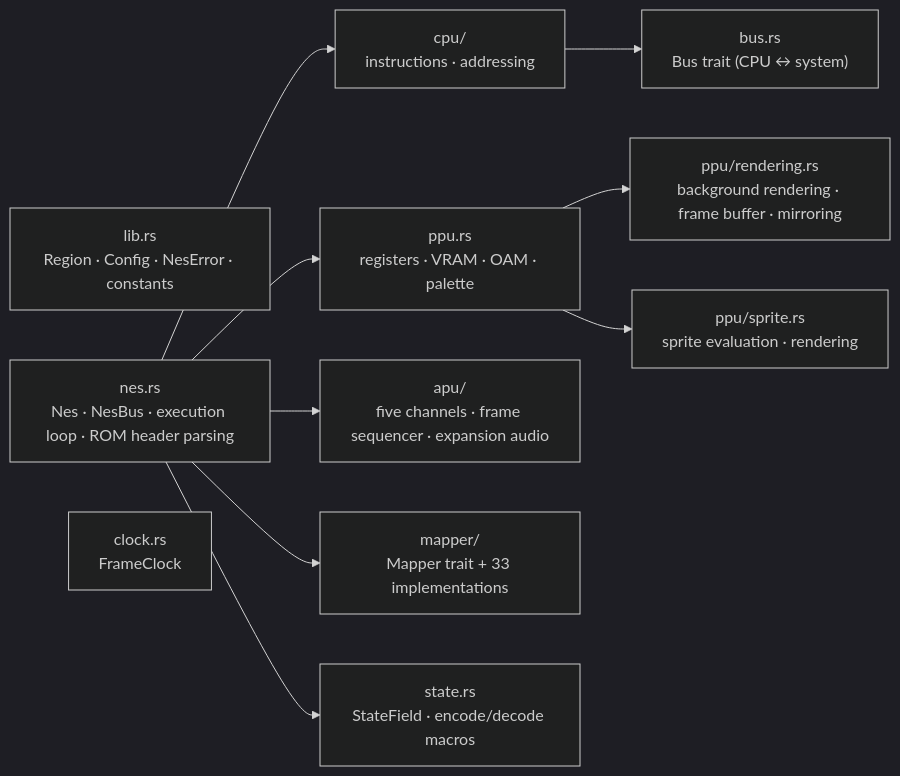
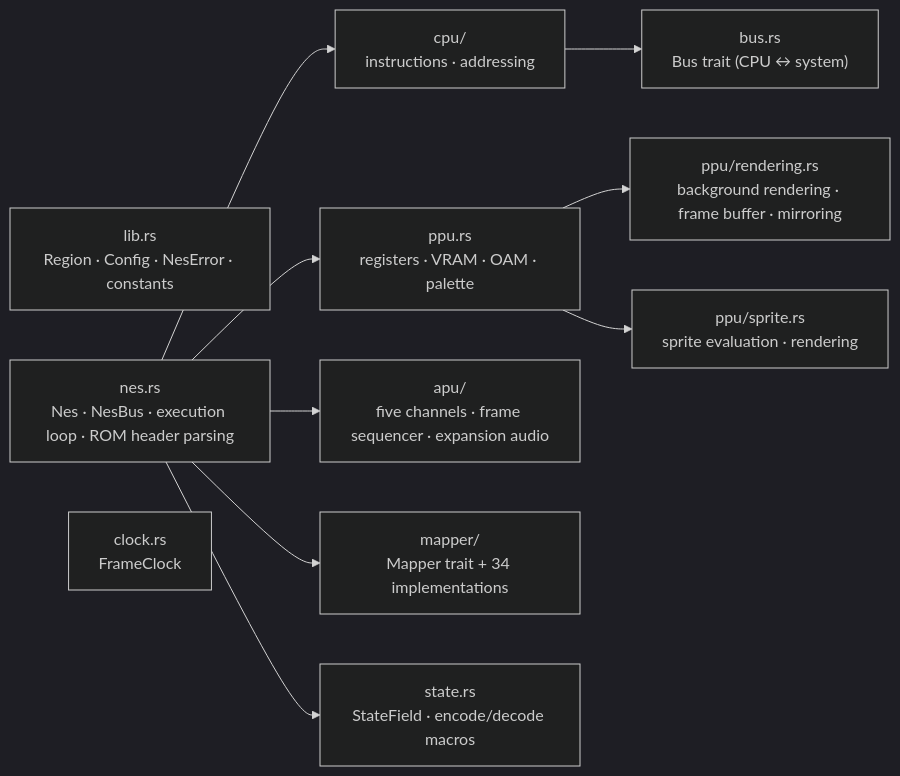
One commit to YufJi/nes-emulator changed the second of 13 diagrams in docs/architecture.md. Above: the diagram before and after it, drawn with Mermaid (dark theme). The commit also changed other lines of this file and 7 other files, not shown here.

````diff
--- a/docs/architecture.md
+++ b/docs/architecture.md
@@ -77,23 +77,23 @@
 ```mermaid
 flowchart LR
     Lib["lib.rs<br/>Region · Config · NesError · constants"]
     Nes["nes.rs<br/>Nes · NesBus · execution loop · ROM header parsing"]
     Clock["clock.rs<br/>FrameClock"]
     Bus["bus.rs<br/>Bus trait (CPU ↔ system)"]
     Cpu["cpu/<br/>instructions · addressing"]
     Ppu["ppu.rs<br/>registers · VRAM · OAM · palette"]
     Rend["ppu/rendering.rs<br/>background rendering · frame buffer · mirroring"]
     Spr["ppu/sprite.rs<br/>sprite evaluation · rendering"]
     Apu["apu/<br/>five channels · frame sequencer · expansion audio"]
-    Mapper["mapper/<br/>Mapper trait + 33 implementations"]
+    Mapper["mapper/<br/>Mapper trait + 34 implementations"]
     State["state.rs<br/>StateField · encode/decode macros"]
 
     Nes --> Cpu
     Nes --> Ppu
     Nes --> Apu
     Nes --> Mapper
     Nes --> State
     Ppu --> Rend
     Ppu --> Spr
     Cpu --> Bus
 ```
````
